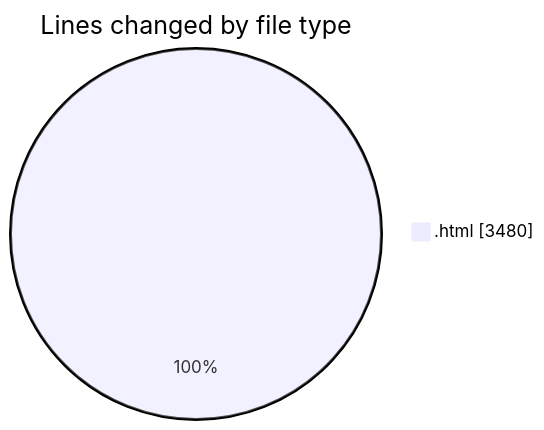
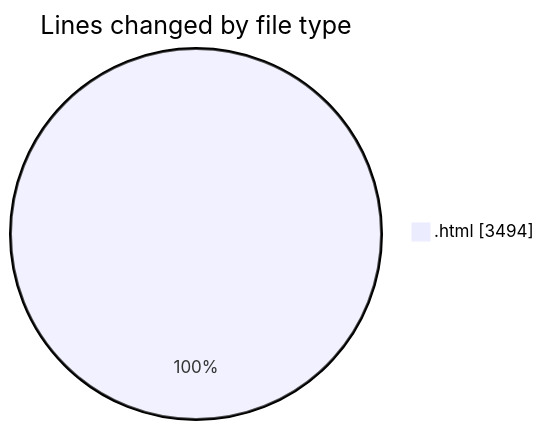
One commit to hasnaa123/code-tracking changed the first of 2 diagrams in 2025-12-21/technologie_web/README.md. Above: the diagram before and after it, drawn with Mermaid. The commit also changed other lines of this file and 1 other file, not shown here.

````diff
--- a/2025-12-21/technologie_web/README.md
+++ b/2025-12-21/technologie_web/README.md
@@ -22,5 +22,5 @@
 ```mermaid
 pie showData
 title Lines changed by file type
-".html" : 3480
+".html" : 3494
 ```
````
